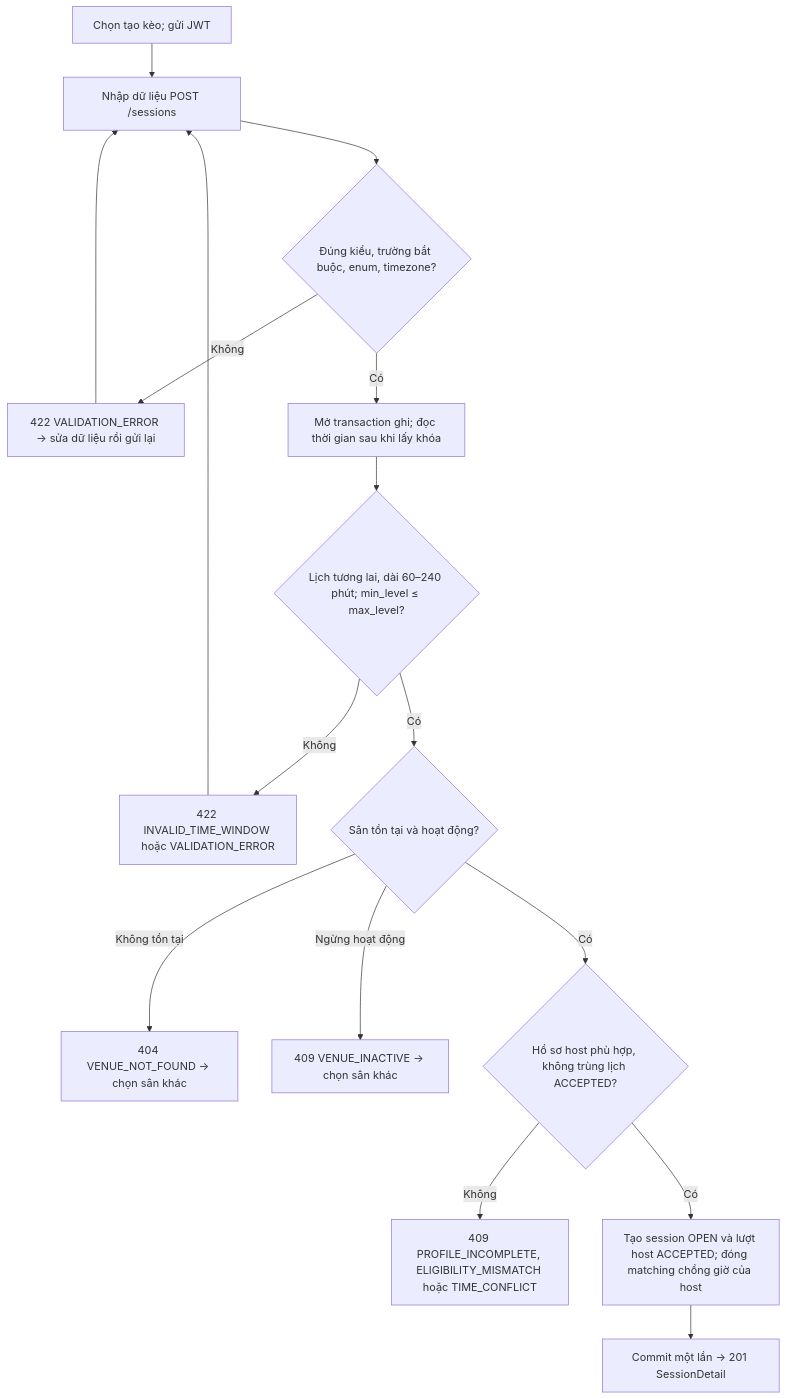
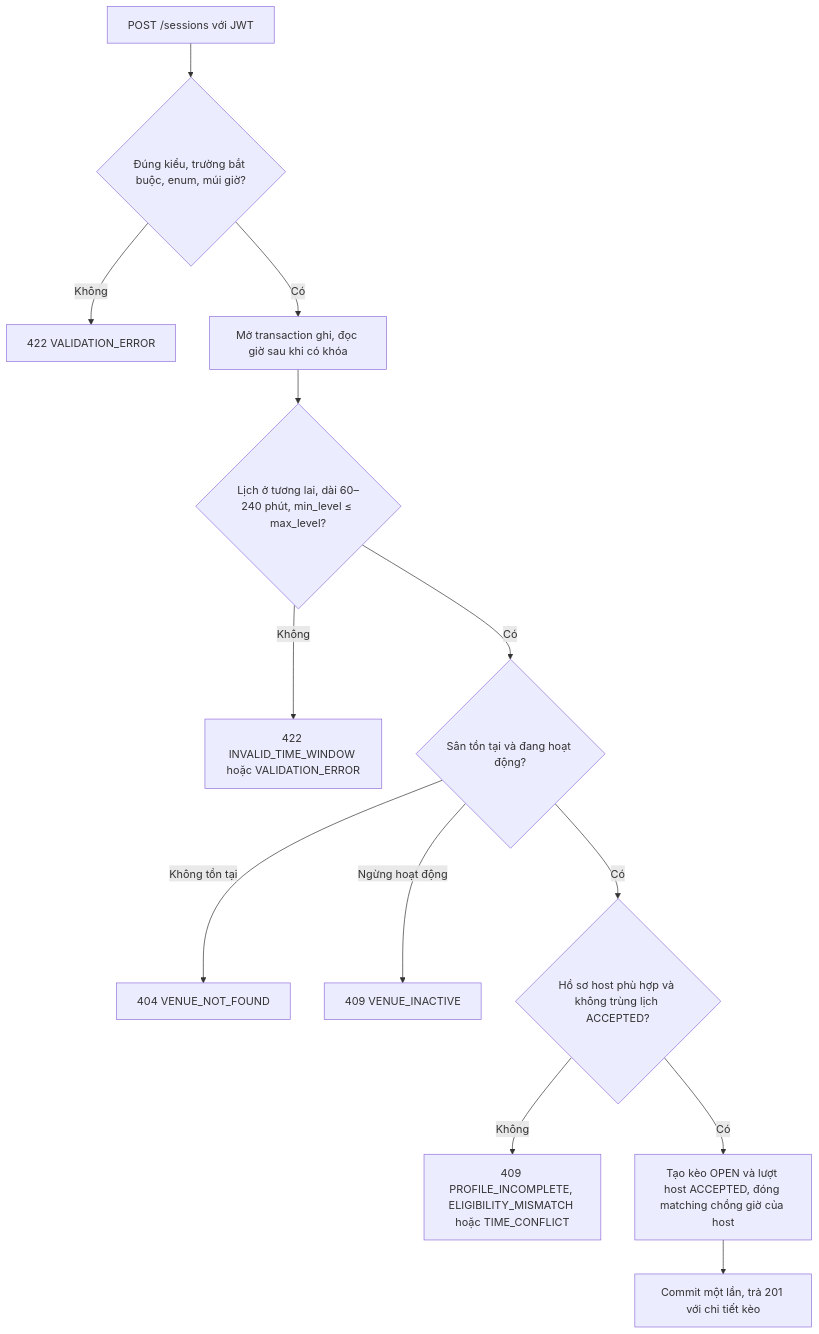
The second of 6 diagrams in docs/tuan-2-xay-dung/luong-nghiep-vu.md (datdooo/matchmate-backend), drawn with Mermaid before and after one commit. The commit also changed other lines of this file and 5 other files, not shown here.

First line of the commit message:
Gom docs theo ba tuần của Pha 1 và viết lại

````diff
--- a/docs/tuan-2-xay-dung/luong-nghiep-vu.md
+++ b/docs/tuan-2-xay-dung/luong-nghiep-vu.md
@@ -48,18 +50,15 @@
 ```mermaid
 flowchart TD
-    A["Chọn tạo kèo; gửi JWT"] --> B["Nhập dữ liệu POST /sessions"]
-    B --> C{"Đúng kiểu, trường bắt buộc, enum, timezone?"}
-    C -->|Không| D["422 VALIDATION_ERROR → sửa dữ liệu rồi gửi lại"]
-    D --> B
-    C -->|Có| E["Mở transaction ghi; đọc thời gian sau khi lấy khóa"]
-    E --> F{"Lịch tương lai, dài 60–240 phút; min_level ≤ max_level?"}
-    F -->|Không| G["422 INVALID_TIME_WINDOW hoặc VALIDATION_ERROR"]
-    G --> B
-    F -->|Có| H{"Sân tồn tại và hoạt động?"}
-    H -->|Không tồn tại| I["404 VENUE_NOT_FOUND → chọn sân khác"]
-    H -->|Ngừng hoạt động| J["409 VENUE_INACTIVE → chọn sân khác"]
-    H -->|Có| K{"Hồ sơ host phù hợp, không trùng lịch ACCEPTED?"}
-    K -->|Không| L["409 PROFILE_INCOMPLETE, ELIGIBILITY_MISMATCH hoặc TIME_CONFLICT"]
-    K -->|Có| M["Tạo session OPEN và lượt host ACCEPTED; đóng matching chồng giờ của host"]
-    M --> N["Commit một lần → 201 SessionDetail"]
+    A["POST /sessions với JWT"] --> B{"Đúng kiểu, trường bắt buộc, enum, múi giờ?"}
+    B -->|Không| C["422 VALIDATION_ERROR"]
+    B -->|Có| D["Mở transaction ghi, đọc giờ sau khi có khóa"]
+    D --> E{"Lịch ở tương lai, dài 60–240 phút, min_level ≤ max_level?"}
+    E -->|Không| F["422 INVALID_TIME_WINDOW hoặc VALIDATION_ERROR"]
+    E -->|Có| G{"Sân tồn tại và đang hoạt động?"}
+    G -->|Không tồn tại| H["404 VENUE_NOT_FOUND"]
+    G -->|Ngừng hoạt động| I["409 VENUE_INACTIVE"]
+    G -->|Có| J{"Hồ sơ host phù hợp và không trùng lịch ACCEPTED?"}
+    J -->|Không| K["409 PROFILE_INCOMPLETE, ELIGIBILITY_MISMATCH hoặc TIME_CONFLICT"]
+    J -->|Có| L["Tạo kèo OPEN và lượt host ACCEPTED, đóng matching chồng giờ của host"]
+    L --> M["Commit một lần, trả 201 với chi tiết kèo"]
 ```
````
